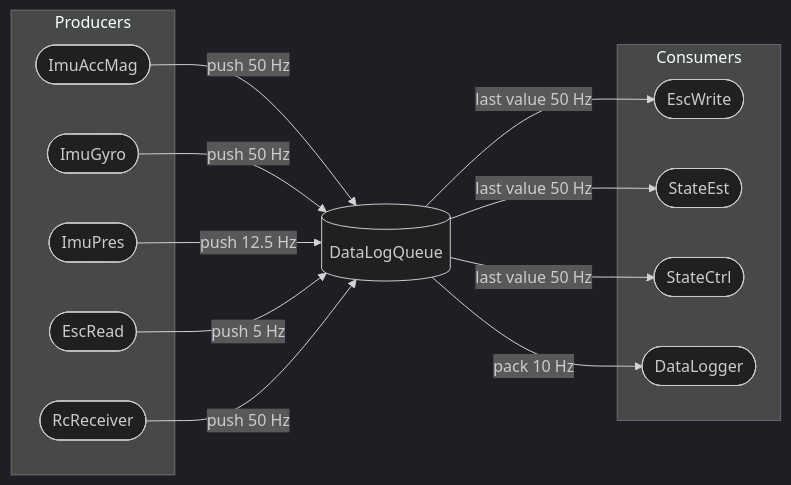
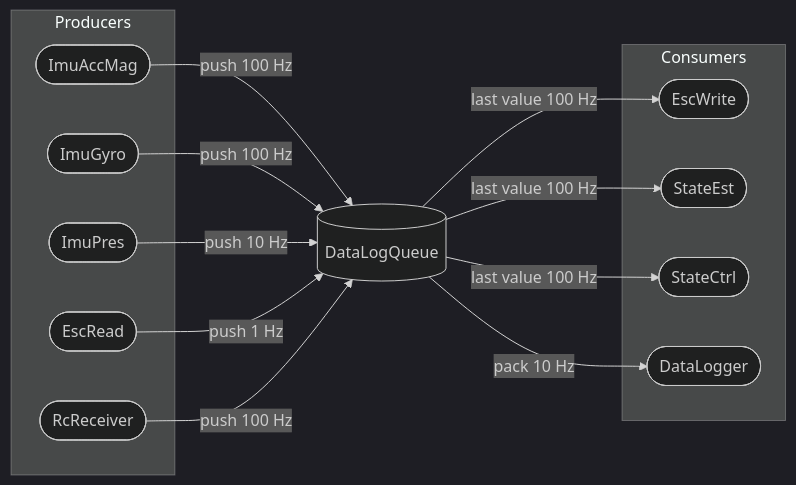
The first of 2 diagrams in doc/source/software_design.rst (real-tintin/ugglan), drawn with Mermaid (dark theme) before and after one commit. The commit also changed other lines of this file and 5 other files, not shown here.

```diff
--- a/doc/source/software_design.rst
+++ b/doc/source/software_design.rst
@@ -12,45 +12,45 @@
 .. mermaid::
     :caption: Overview of the drone software design. Tasks are stadium-shaped nodes.
 
     graph LR
         ImuAccMag([ImuAccMag])
         ImuGyro([ImuGyro])
         ImuPres([ImuPres])
 
         EscRead([EscRead])
         EscWrite([EscWrite])
 
         RcReceiver([RcReceiver])
 
         StateEst([StateEst])
         StateCtrl([StateCtrl])
 
         DataLogger([DataLogger])
 
         DataLogQueue[(DataLogQueue)]
 
-        ImuAccMag -- push 50 Hz --> DataLogQueue
-        ImuGyro -- push 50 Hz --> DataLogQueue
-        ImuPres -- push 12.5 Hz --> DataLogQueue
-        EscRead -- push 5 Hz --> DataLogQueue
-        RcReceiver -- push 50 Hz --> DataLogQueue
+        ImuAccMag -- push 100 Hz --> DataLogQueue
+        ImuGyro -- push 100 Hz --> DataLogQueue
+        ImuPres -- push 10 Hz --> DataLogQueue
+        EscRead -- push 1 Hz --> DataLogQueue
+        RcReceiver -- push 100 Hz --> DataLogQueue
 
-        DataLogQueue -- last value 50 Hz --> StateEst
-        DataLogQueue -- last value 50 Hz --> StateCtrl
-        DataLogQueue -- last value 50 Hz --> EscWrite
+        DataLogQueue -- last value 100 Hz --> StateEst
+        DataLogQueue -- last value 100 Hz --> StateCtrl
+        DataLogQueue -- last value 100 Hz --> EscWrite
         DataLogQueue -- pack 10 Hz --> DataLogger
 
         subgraph Producers
         ImuAccMag
         ImuGyro
         ImuPres
         EscRead
         RcReceiver
         end
 
         subgraph Consumers
         StateEst
         StateCtrl
         EscWrite
         DataLogger
         end
```
